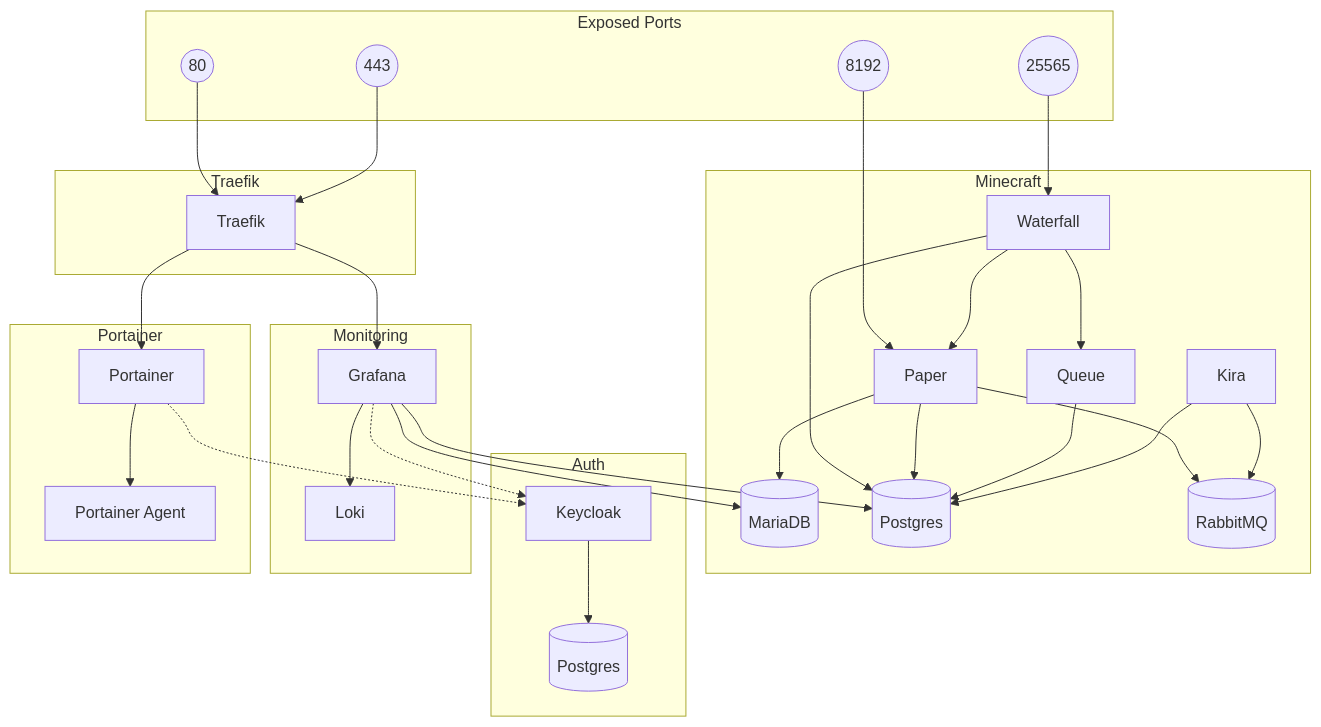
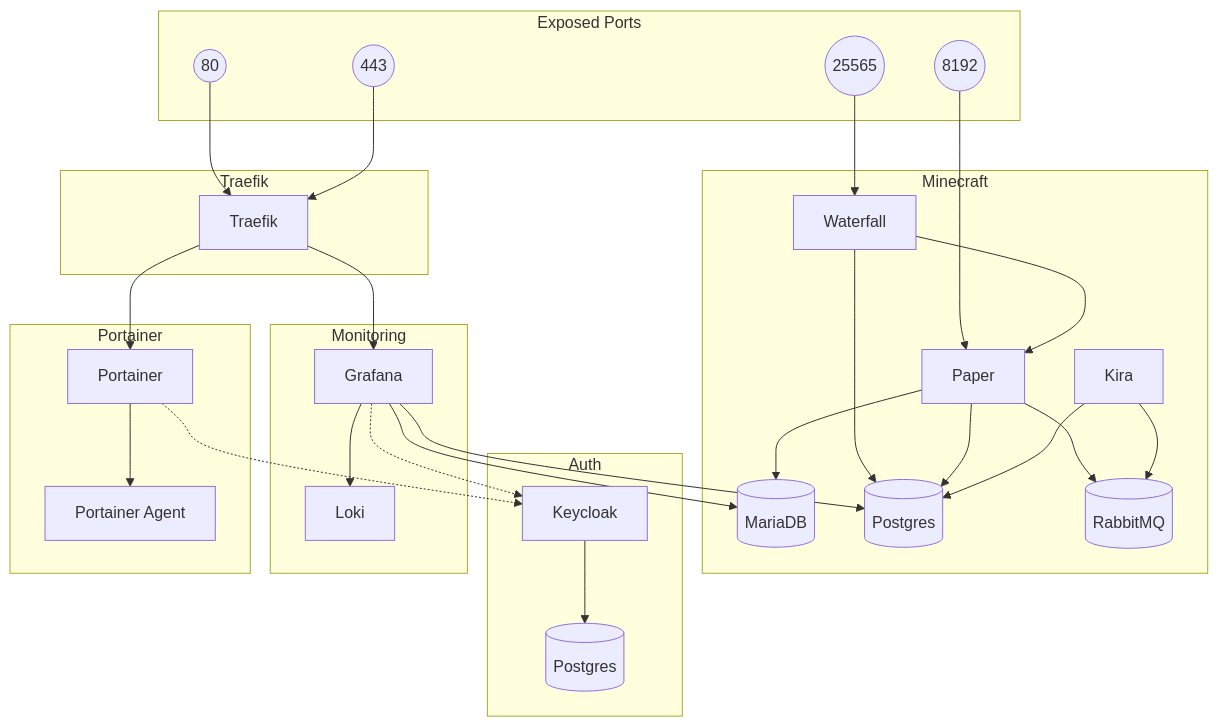
Before and after one commit to CivMC/Civ: the diagram in ansible/README.md, drawn with Mermaid. The commit also changed 1 other file, not shown here.

Commit message:
remove references to queue

````diff
--- a/ansible/README.md
+++ b/ansible/README.md
@@ -5,68 +5,65 @@
 ```mermaid
 graph TD;
 
 subgraph Exposed Ports;
   port_http((80));
   port_https((443));
   port_mc((25565));
   port_vote((8192));
 end;
 
 subgraph Minecraft;
   mc_waterfall[Waterfall];
   mc_paper[Paper];
-  mc_queue[Queue];
   mc_kira[Kira];
   mc_mariadb[(MariaDB)];
   mc_postgres[(Postgres)];
   mc_rabbitmq[(RabbitMQ)];
   
   port_mc-->mc_waterfall;
   port_vote-->mc_paper;
     
   mc_waterfall-->mc_paper;
-  mc_waterfall-->mc_queue;
   mc_waterfall-->mc_postgres;
   mc_paper-->mc_postgres;
   mc_paper-->mc_mariadb;
   mc_paper-->mc_rabbitmq;
-  mc_queue-->mc_postgres;
   mc_kira-->mc_postgres;
   mc_kira-->mc_rabbitmq;
 end;
 
 subgraph Auth;
   auth_keycloak[Keycloak];
   auth_postgres[(Postgres)];
   
   auth_keycloak-->auth_postgres;
 end;
 
 subgraph Monitoring;
   mon_grafana[Grafana];
   mon_loki[Loki];
   
   mon_grafana-->mon_loki;
   mon_grafana-->mc_postgres;
   mon_grafana-->mc_mariadb;
   mon_grafana-.->auth_keycloak;
 end;
 
 subgraph Portainer;
   por_portainer[Portainer];
   por_agent[Portainer Agent];
   
   por_portainer-->por_agent;
   por_portainer-.->auth_keycloak;
 end;
 
 subgraph Traefik;
   tfk_traefik[Traefik];
   
   port_http-->tfk_traefik;
   port_https-->tfk_traefik;
   
   tfk_traefik-->mon_grafana;
   tfk_traefik-->por_portainer;
 end;
 ```
````
